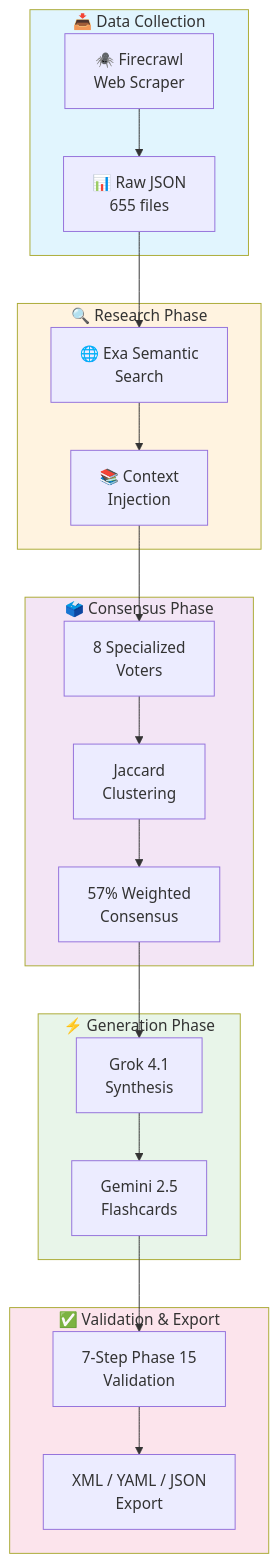
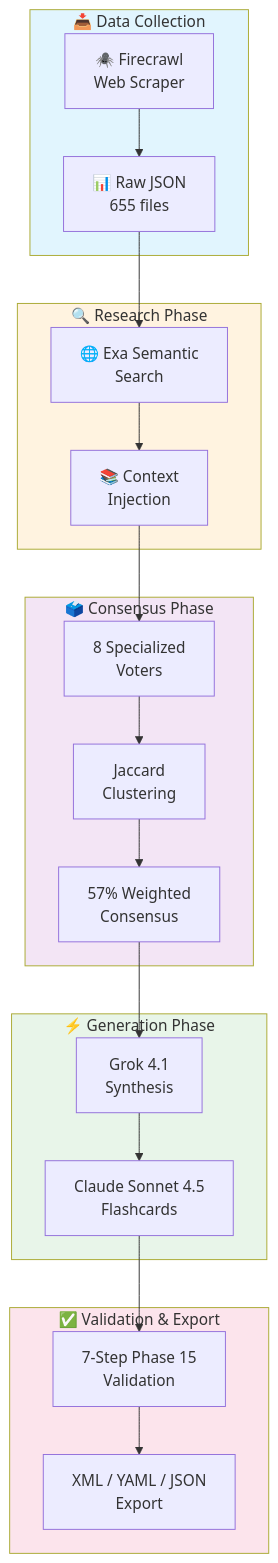
Before and after one commit to RexRenatus/The-Art-Of-Language-V2: the diagram in README.md, drawn with Mermaid. The commit also changed other lines of this file, not shown here.

````diff
--- a/README.md
+++ b/README.md
@@ -111,33 +122,33 @@
 ```mermaid
 flowchart TB
     subgraph INPUT["📥 Data Collection"]
         A["🕷️ Firecrawl<br/>Web Scraper"] --> B["📊 Raw JSON<br/>655 files"]
     end
 
     subgraph RESEARCH["🔍 Research Phase"]
         B --> C["🌐 Exa Semantic<br/>Search"]
         C --> D["📚 Context<br/>Injection"]
     end
 
     subgraph VOTING["🗳️ Consensus Phase"]
         D --> E["8 Specialized<br/>Voters"]
         E --> F["Jaccard<br/>Clustering"]
         F --> G["57% Weighted<br/>Consensus"]
     end
 
     subgraph SYNTHESIS["⚡ Generation Phase"]
         G --> H["Grok 4.1<br/>Synthesis"]
-        H --> I["Gemini 2.5<br/>Flashcards"]
+        H --> I["Claude Sonnet 4.5<br/>Flashcards"]
     end
 
     subgraph OUTPUT["✅ Validation & Export"]
         I --> J["7-Step Phase 15<br/>Validation"]
         J --> K["XML / YAML / JSON<br/>Export"]
     end
 
     style INPUT fill:#e1f5fe
     style RESEARCH fill:#fff3e0
     style VOTING fill:#f3e5f5
     style SYNTHESIS fill:#e8f5e9
     style OUTPUT fill:#fce4ec
 ```
````
